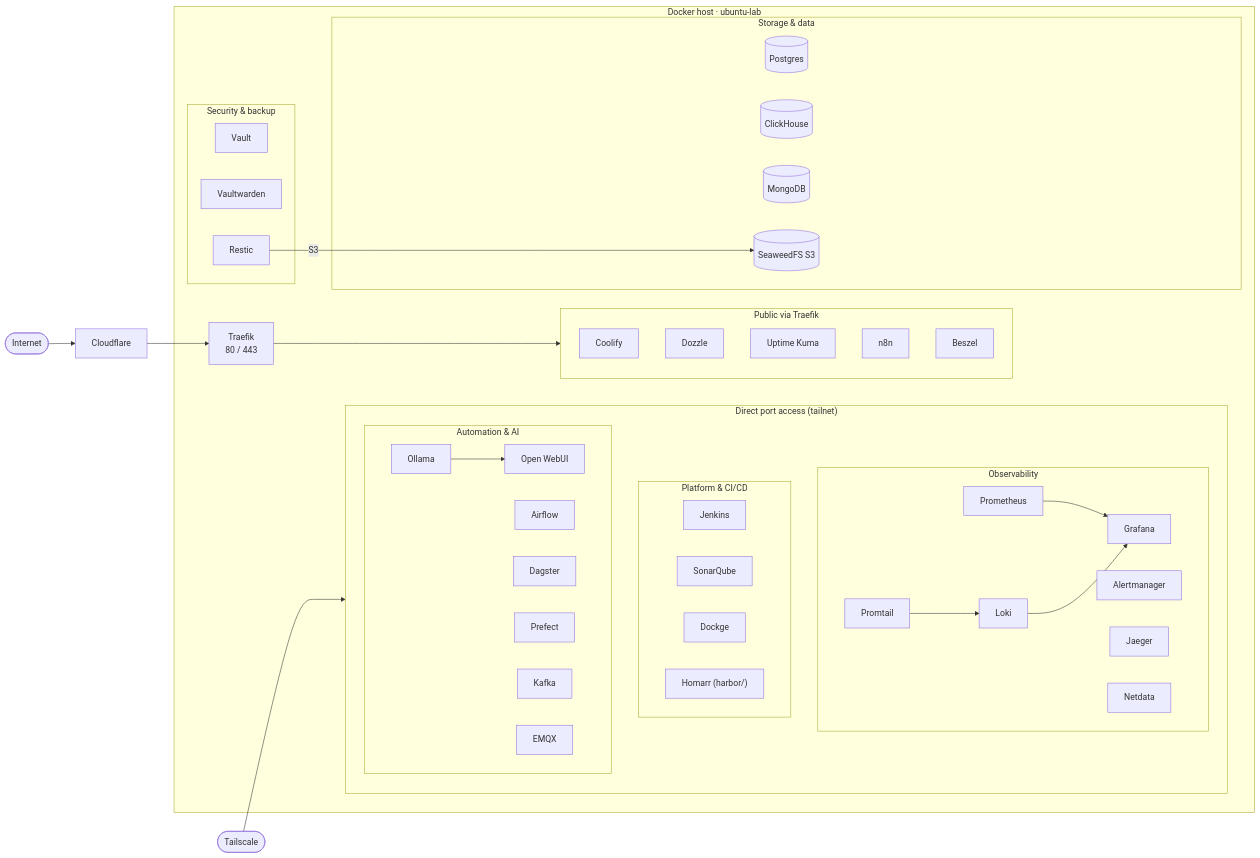
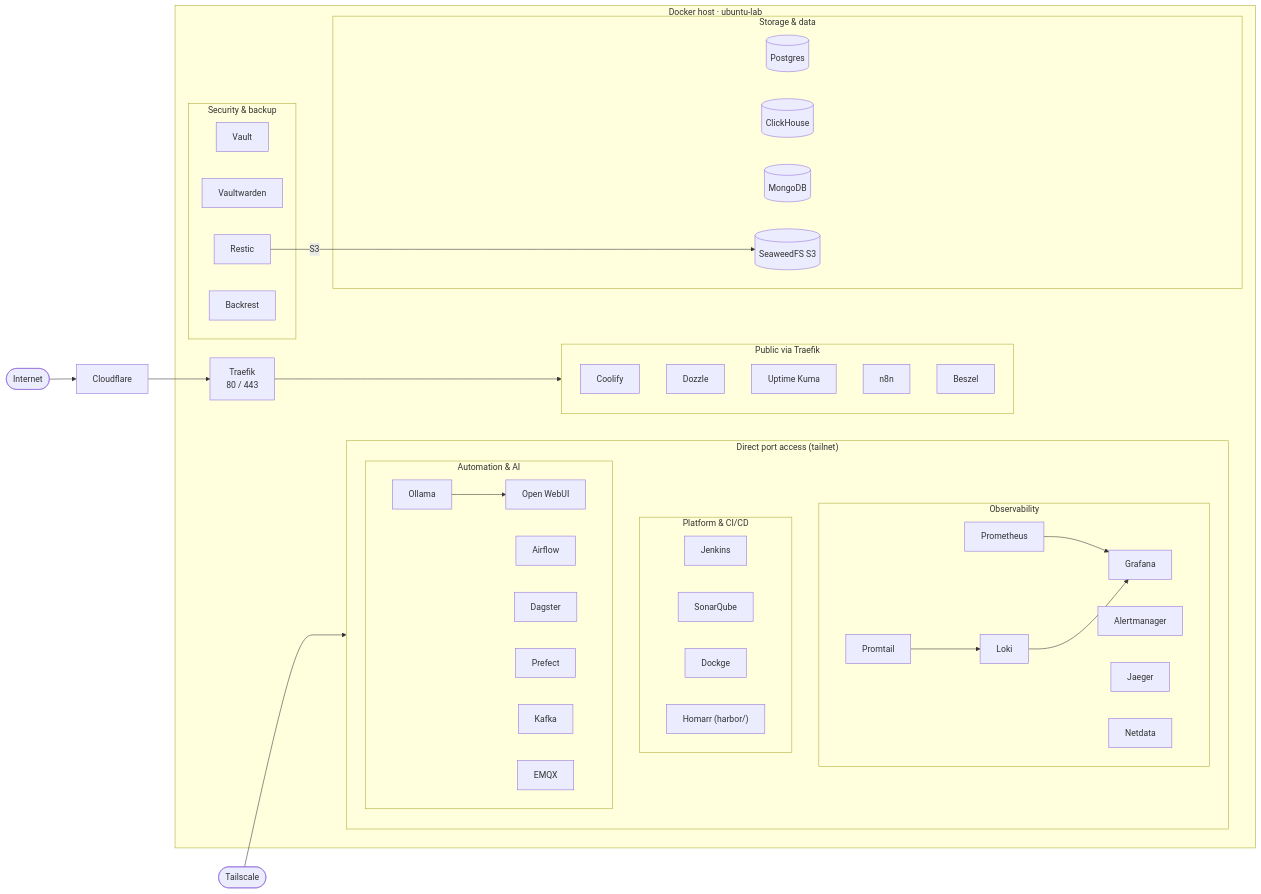
The diagram in README.md (JeerasakAnanta/homelab), drawn with Mermaid before and after one commit. The commit also changed other lines of this file and 3 other files, not shown here.

````diff
--- a/README.md
+++ b/README.md
@@ -50,60 +50,61 @@
 ```mermaid
 graph LR
     Internet([Internet]) --> CF[Cloudflare]
     CF --> Traefik[Traefik<br/>80 / 443]
     Tailnet([Tailscale]) --> Admin
 
     subgraph Host["Docker host · ubuntu-lab"]
         Traefik --> Public
 
         subgraph Public["Public via Traefik"]
             direction TB
             Coolify[Coolify]
             Dozzle[Dozzle]
             Kuma[Uptime Kuma]
             n8n[n8n]
             Beszel[Beszel]
         end
 
         subgraph Admin["Direct port access (tailnet)"]
             direction TB
             subgraph Obs["Observability"]
                 Prometheus --> Grafana
                 Loki --> Grafana
                 Promtail --> Loki
                 Alertmanager
                 Jaeger
                 Netdata
             end
             subgraph Dev["Platform & CI/CD"]
                 Jenkins
                 SonarQube
                 Dockge
                 Harbor["Homarr (harbor/)"]
             end
             subgraph AI["Automation & AI"]
                 Ollama --> OpenWebUI[Open WebUI]
                 Airflow
                 Dagster
                 Prefect
                 Kafka
                 EMQX
             end
         end
 
         subgraph Data["Storage & data"]
             Postgres[(Postgres)]
             ClickHouse[(ClickHouse)]
             MongoDB[(MongoDB)]
             SeaweedFS[(SeaweedFS S3)]
         end
 
         subgraph Sec["Security & backup"]
             Vault
             Vaultwarden
             Restic
+            Backrest
         end
 
         Restic -->|S3| SeaweedFS
     end
 ```
````
